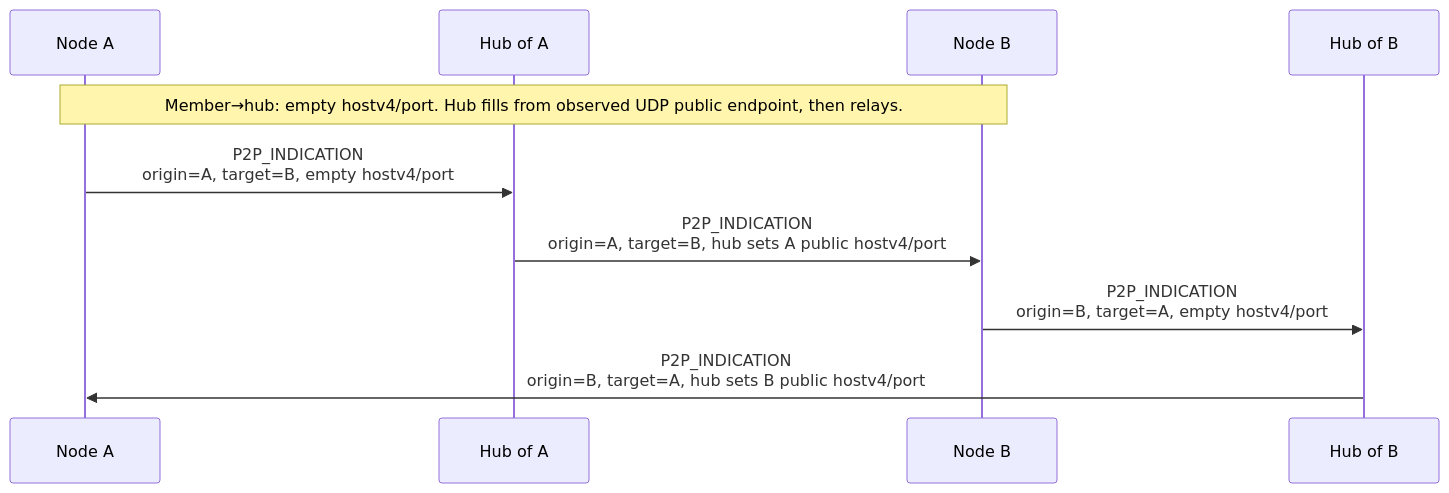
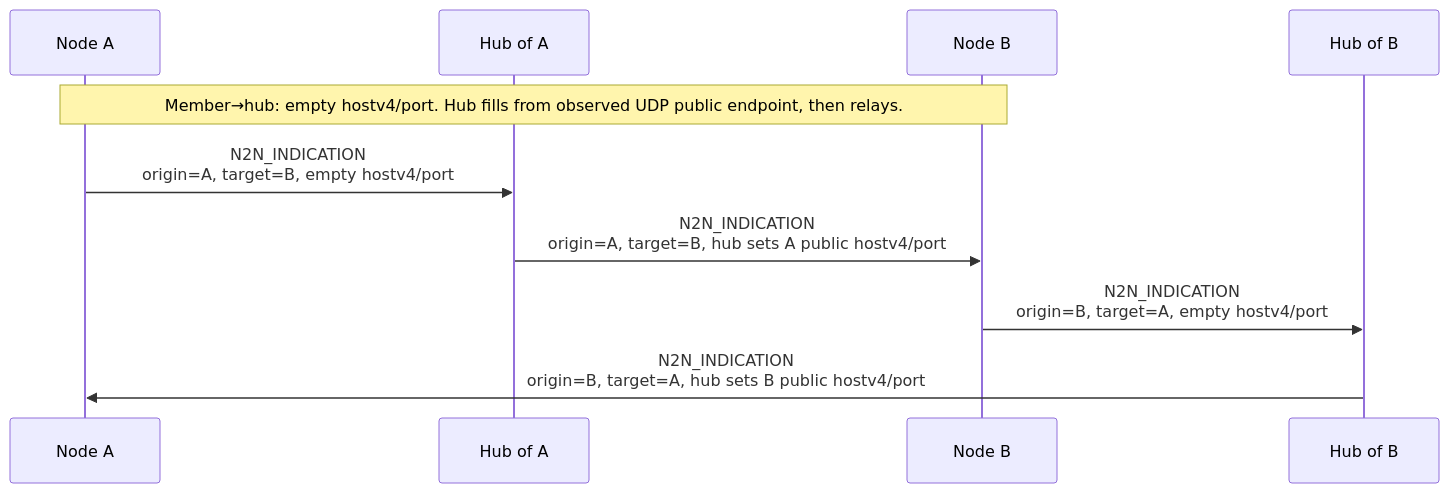
One commit to therooftopprinz/bfc-tunnel changed the third of 4 diagrams in docs/protocol.md. Above: the diagram before and after it, drawn with Mermaid. The commit also changed other lines of this file and 10 other files, not shown here.

````diff
--- a/docs/protocol.md
+++ b/docs/protocol.md
@@ -400,14 +402,14 @@
 ```mermaid
 sequenceDiagram
     participant A as Node A
     participant HA as Hub of A
     participant B as Node B
     participant HB as Hub of B
 
     Note over A,B: Member→hub: empty hostv4/port. Hub fills from observed UDP public endpoint, then relays.
 
-    A->>HA: P2P_INDICATION<br/>origin=A, target=B, empty hostv4/port
-    HA->>B: P2P_INDICATION<br/>origin=A, target=B, hub sets A public hostv4/port
-    B->>HB: P2P_INDICATION<br/>origin=B, target=A, empty hostv4/port
-    HB->>A: P2P_INDICATION<br/>origin=B, target=A, hub sets B public hostv4/port
+    A->>HA: N2N_INDICATION<br/>origin=A, target=B, empty hostv4/port
+    HA->>B: N2N_INDICATION<br/>origin=A, target=B, hub sets A public hostv4/port
+    B->>HB: N2N_INDICATION<br/>origin=B, target=A, empty hostv4/port
+    HB->>A: N2N_INDICATION<br/>origin=B, target=A, hub sets B public hostv4/port
 ```
````
